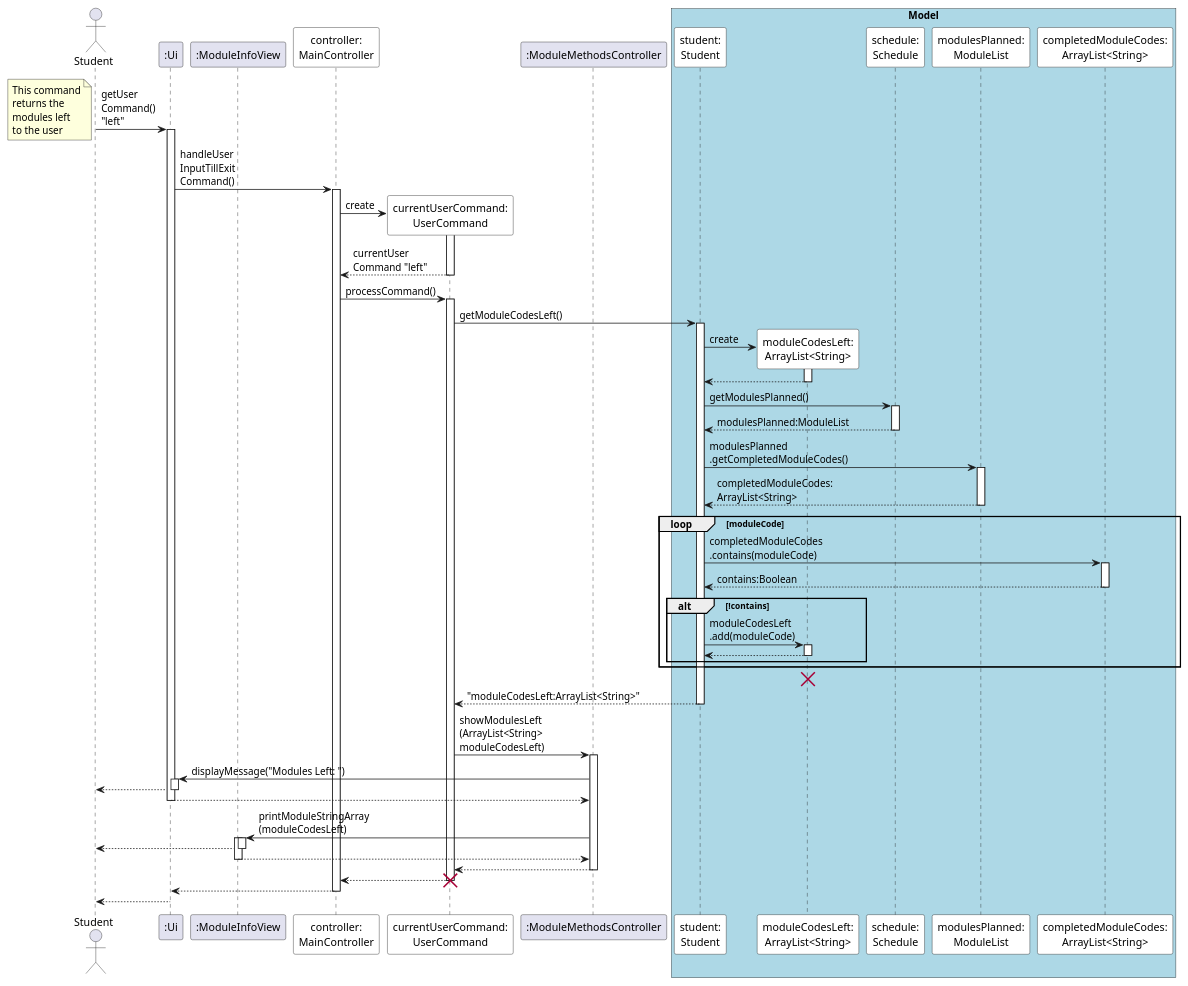
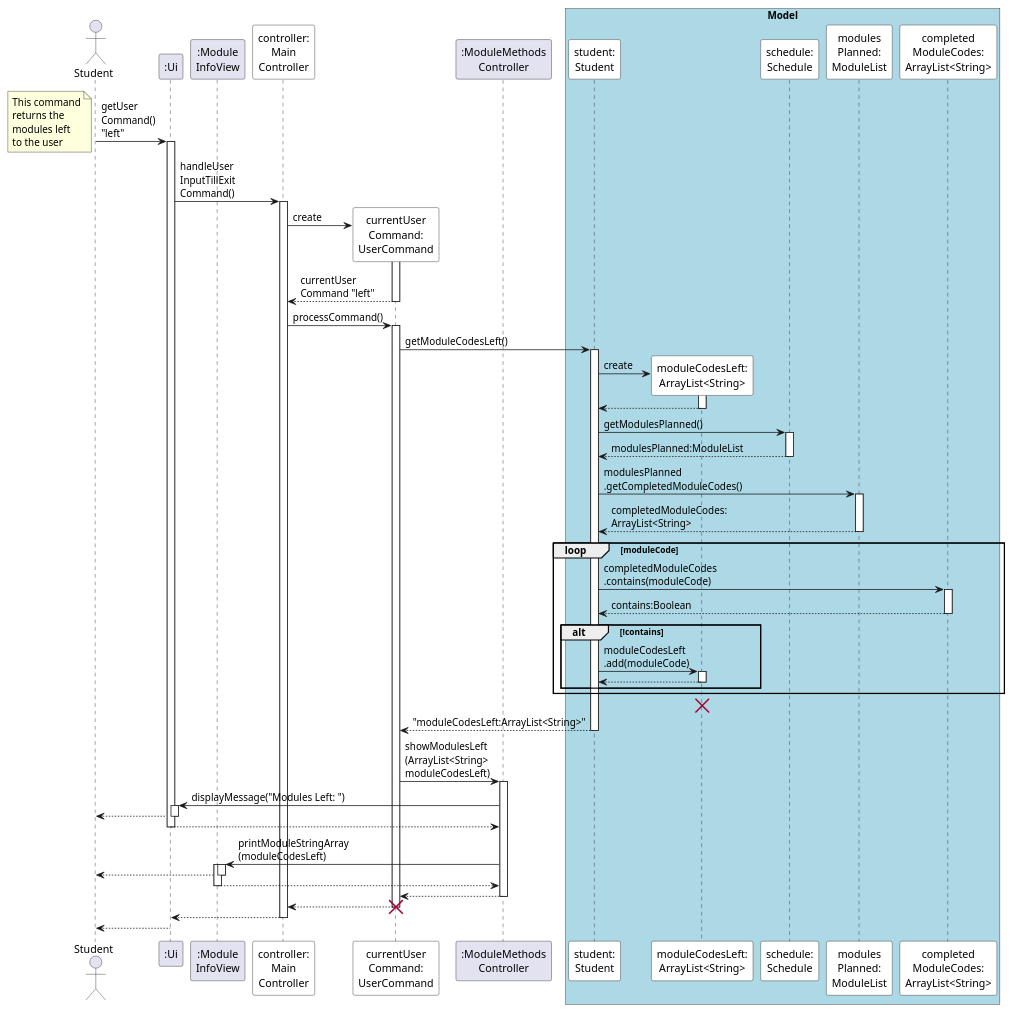
The diagram in docs/diagrams/LeftFeature.puml (ryanlohyr/NUSDegs), drawn with PlantUML before and after one commit. The commit also changed 3 other files, not shown here.

Commit message:
update left feature sequence diagram in DG #142

```diff
--- a/docs/diagrams/LeftFeature.puml
+++ b/docs/diagrams/LeftFeature.puml
@@ -1,109 +1,109 @@
 @startuml
 'https://plantuml.com/sequence-diagram
 
 'autonumber
 autoactivate on
 
 actor Student
 
 participant ":Ui" as UI
-participant ":ModuleInfoView" as MIV
+participant ":Module\nInfoView" as MIV
 
 
 Student -> UI: getUser\nCommand() \n"left"
 note bottom
 This command
 returns the
 modules left
 to the user
 end note
 
-participant "controller:\nMainController" as MC #white
+participant "controller:\nMain\nController" as MC #white
 
 UI -> MC: handleUser\nInputTillExit\nCommand()
 
-participant "currentUserCommand:\nUserCommand" as UC #white
+participant "currentUser\nCommand:\nUserCommand" as UC #white
 
-participant ":ModuleMethodsController" as MMC
+participant ":ModuleMethods\nController" as MMC
 
 
 MC -> UC **: create
 activate UC
 UC --> MC: currentUser\nCommand "left"
 
 MC -> UC: processCommand()
 
 box "Model" #LightBlue
 participant "student:\nStudent" as S #white
 participant "moduleCodesLeft:\nArrayList<String>" as MCL #white
 participant "schedule:\nSchedule" as SCH #white
-participant "modulesPlanned:\nModuleList" as MP #white
-participant "completedModuleCodes:\nArrayList<String>" as CMC #white
+participant "modules\nPlanned:\nModuleList" as MP #white
+participant "completed\nModuleCodes:\nArrayList<String>" as CMC #white
 end box
 
 
 
 UC -> S: getModuleCodesLeft()
 
 
 'create moduleCodesLeft
 S -> MCL **: create
 activate MCL
 MCL --> S
 
 
 
 'schedule.getModulesPlanned().getCompletedModuleCodes()
 S -> SCH: getModulesPlanned()
 SCH --> S: modulesPlanned:ModuleList
 
 
 S -> MP: modulesPlanned\n.getCompletedModuleCodes()
 MP --> S: completedModuleCodes:\nArrayList<String>
 
 
 
 loop moduleCode
 
     S -> CMC: completedModuleCodes\n.contains(moduleCode)
     CMC --> S: contains:Boolean
 
     alt !contains
         'moduleCodesLeft.add(moduleCode)
         S -> MCL: moduleCodesLeft\n.add(moduleCode)
         MCL --> S
     end
 
 end
 
 destroy MCL
 
 S --> UC: "moduleCodesLeft:ArrayList<String>"
 
 
 UC -> MMC: showModulesLeft\n(ArrayList<String> \nmoduleCodesLeft)
 
 MMC -> UI: displayMessage("Modules Left: ")
 UI --> Student
 UI --> MMC
 
 
 MMC -> MIV: printModuleStringArray\n(moduleCodesLeft)
 activate MIV
 MIV --> Student
 MIV --> MMC
 deactivate MIV
 
 
 MMC --> UC
 
 UC --> MC
 destroy UC
 
 
 MC --> UI
 UI --> Student
 
 
 
 @enduml
```
